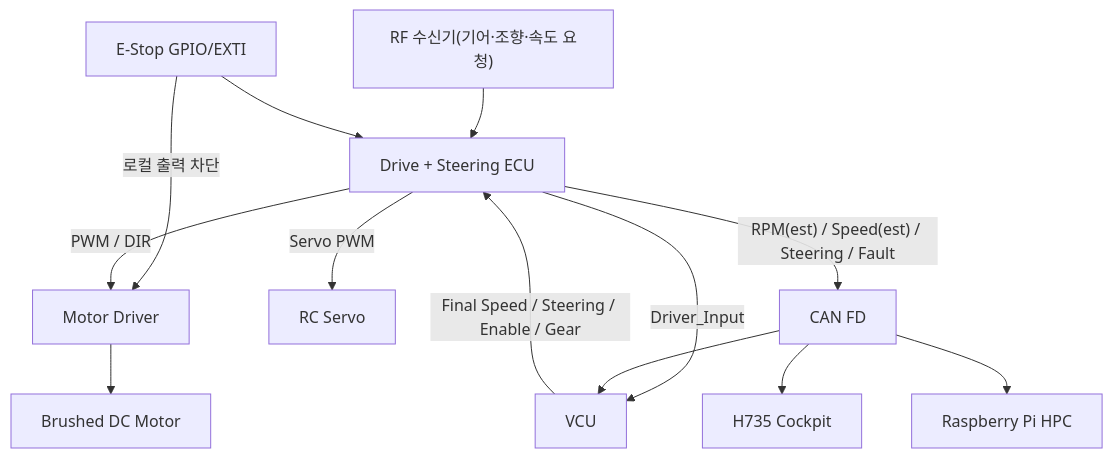
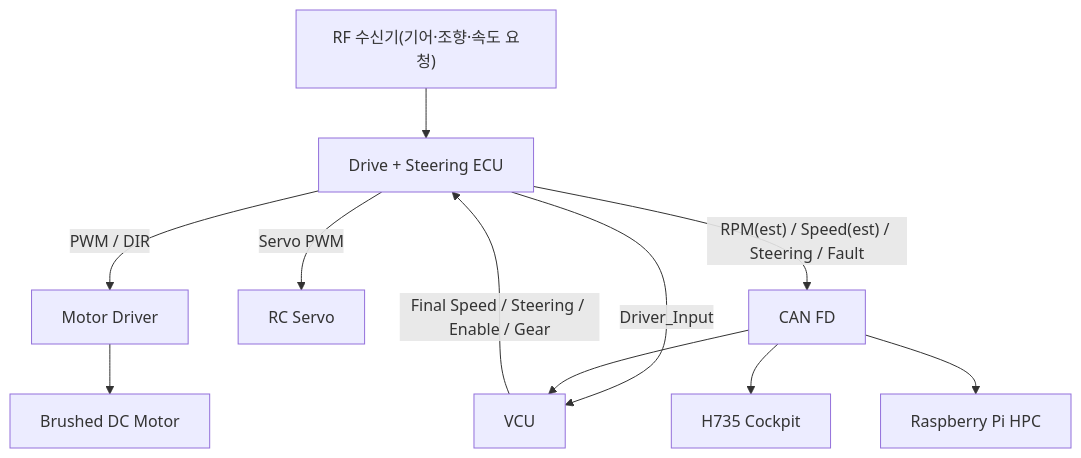
The first of 5 diagrams in docs/ecus/Motor_Steering_Control/ARCHITECTURE.md (sunmaan22/SDV_MCU_Project), drawn with Mermaid before and after one commit. The commit also changed other lines of this file and 1 other file, not shown here.

First line of the commit message:
Remove E-Stop from Motor_Steering_Control SPECIFICATION/ARCHITECTURE

````diff
--- a/docs/ecus/Motor_Steering_Control/ARCHITECTURE.md
+++ b/docs/ecus/Motor_Steering_Control/ARCHITECTURE.md
@@ -109,16 +112,14 @@
 ```mermaid
 flowchart TD
     RFIN["RF 수신기(기어·조향·속도 요청)"] --> DRIVE["Drive + Steering ECU"]
     %% Gear는 RFIN의 RF 요청에 포함된다.
-    ESTOP["E-Stop GPIO/EXTI"] --> DRIVE
-    ESTOP -->|"로컬 출력 차단"| MD
     VCU["VCU"] -->|"Final Speed / Steering / Enable / Gear"| DRIVE
     DRIVE -->|"Driver_Input"| VCU
     DRIVE -->|"PWM / DIR"| MD["Motor Driver"]
     MD --> MOTOR["Brushed DC Motor"]
     DRIVE -->|"Servo PWM"| SERVO["RC Servo"]
     DRIVE -->|"RPM(est) / Speed(est) / Steering / Fault"| CAN["CAN FD"]
     CAN --> VCU
     CAN --> HMI["H735 Cockpit"]
     CAN --> HPC["Raspberry Pi HPC"]
 ```
````
